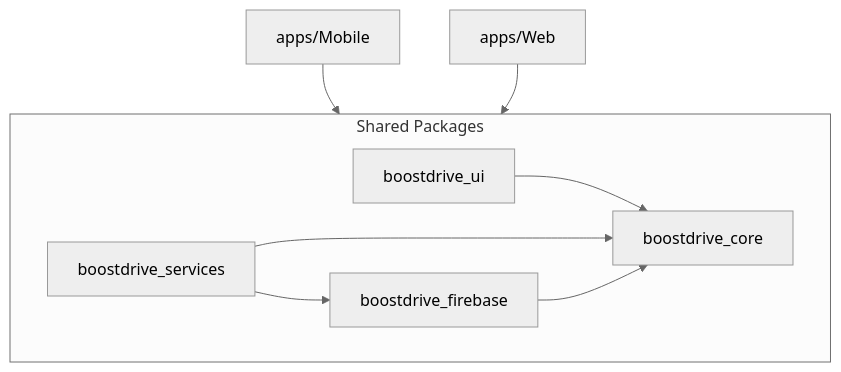
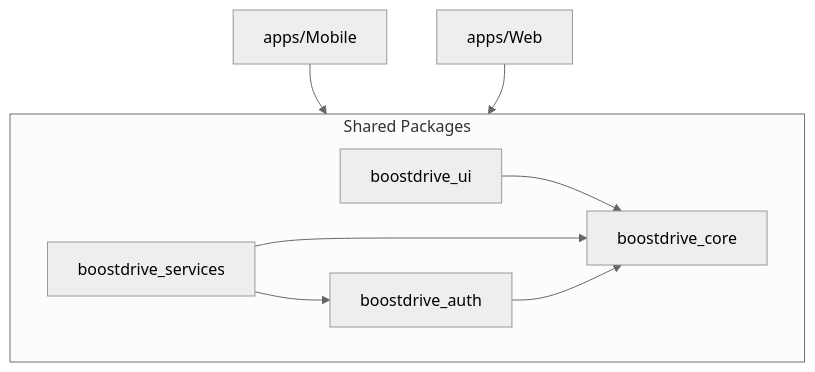
One commit to aisodev/BoostDrive changed the diagram in ARCHITECTURE.md. Above: the diagram before and after it, drawn with Mermaid (neutral theme). The commit also changed other lines of this file and 1 other file, not shown here.

Commit message:
docs: Replace Firebase references with Supabase in README and ARCHITECTURE

````diff
--- a/ARCHITECTURE.md
+++ b/ARCHITECTURE.md
@@ -16,12 +16,12 @@
 ```mermaid
 graph TD
     A[apps/Mobile] --> E[Shared Packages]
     B[apps/Web] --> E
     
     subgraph E [Shared Packages]
         P1[boostdrive_ui] --> P2[boostdrive_core]
         P3[boostdrive_services] --> P2
-        P3 --> P4[boostdrive_firebase]
+        P3 --> P4[boostdrive_auth]
         P4 --> P2
     end
 ```
````
